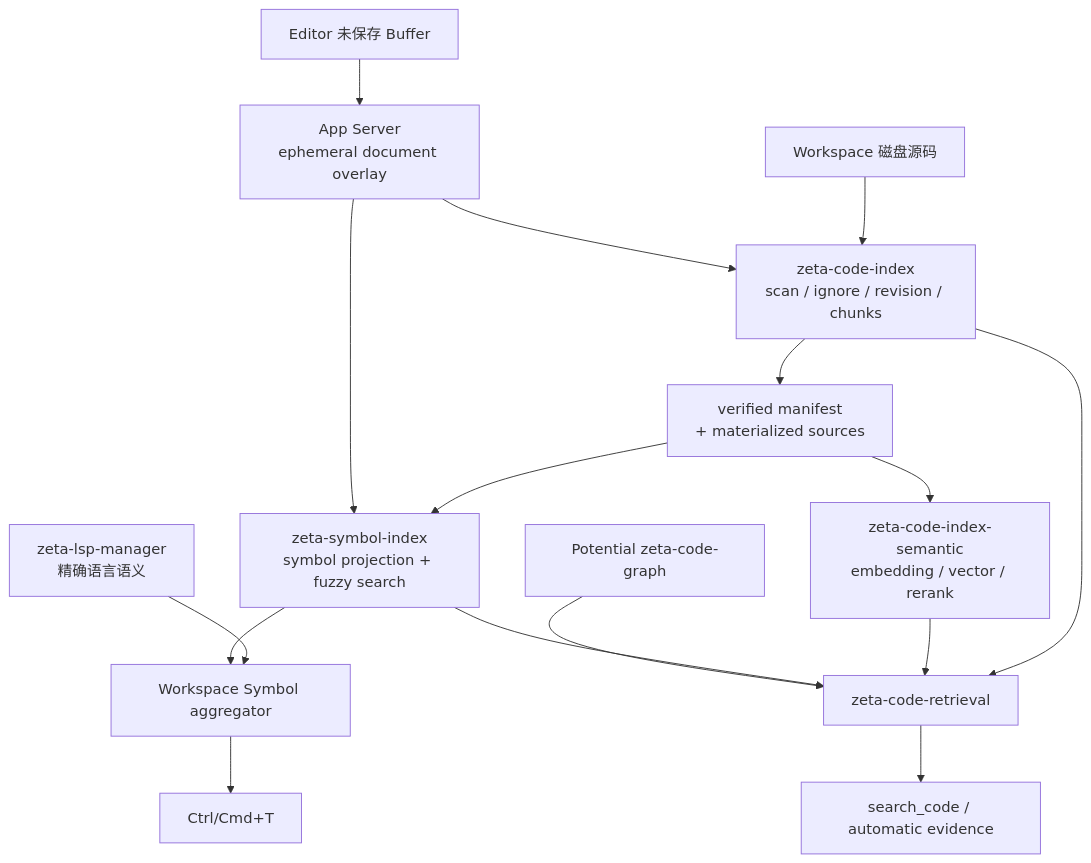
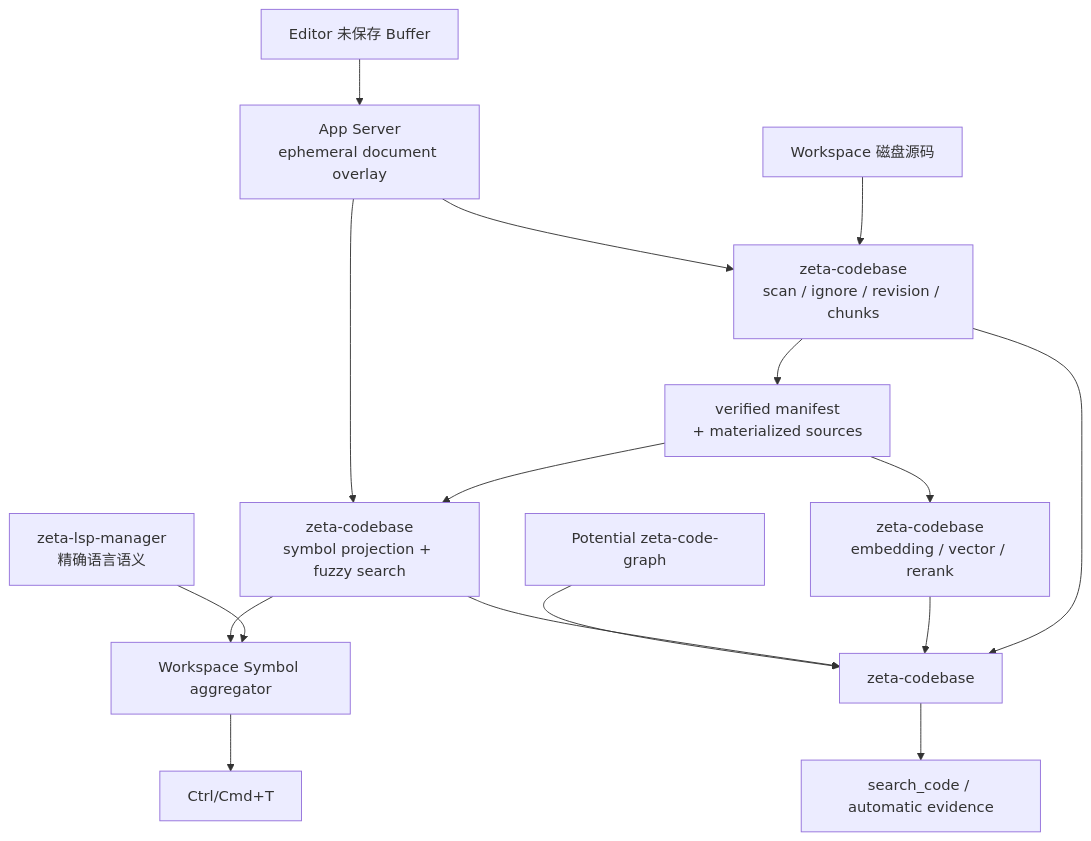
The diagram in docs/code-intelligence.md (chogng/zeta), drawn with Mermaid before and after one commit. The commit also changed other lines of this file and 238 other files, not shown here.

First line of the commit message:
refactor: replace symbol index with codebase and codebase symbols APIs

````diff
--- a/docs/code-intelligence.md
+++ b/docs/code-intelligence.md
@@ -81,21 +81,21 @@
 ```mermaid
 flowchart TD
-    Disk["Workspace 磁盘源码"] --> Index["zeta-code-index<br/>scan / ignore / revision / chunks"]
+    Disk["Workspace 磁盘源码"] --> Index["zeta-codebase<br/>scan / ignore / revision / chunks"]
     Index --> Sources["verified manifest<br/>+ materialized sources"]
-    Sources --> Symbols["zeta-symbol-index<br/>symbol projection + fuzzy search"]
-    Sources --> Semantic["zeta-code-index-semantic<br/>embedding / vector / rerank"]
+    Sources --> Symbols["zeta-codebase<br/>symbol projection + fuzzy search"]
+    Sources --> Semantic["zeta-codebase<br/>embedding / vector / rerank"]
 
     Buffer["Editor 未保存 Buffer"] --> Overlay["App Server<br/>ephemeral document overlay"]
     Overlay --> Index
     Overlay --> Symbols
 
     Lsp["zeta-lsp-manager<br/>精确语言语义"] --> WorkspaceSymbols["Workspace Symbol aggregator"]
     Symbols --> WorkspaceSymbols
     WorkspaceSymbols --> UI["Ctrl/Cmd+T"]
 
-    Index --> Retrieval["zeta-code-retrieval"]
+    Index --> Retrieval["zeta-codebase"]
     Semantic --> Retrieval
     Symbols --> Retrieval
     Graph["Potential zeta-code-graph"] --> Retrieval
     Retrieval --> Agent["search_code / automatic evidence"]
 ```
````
